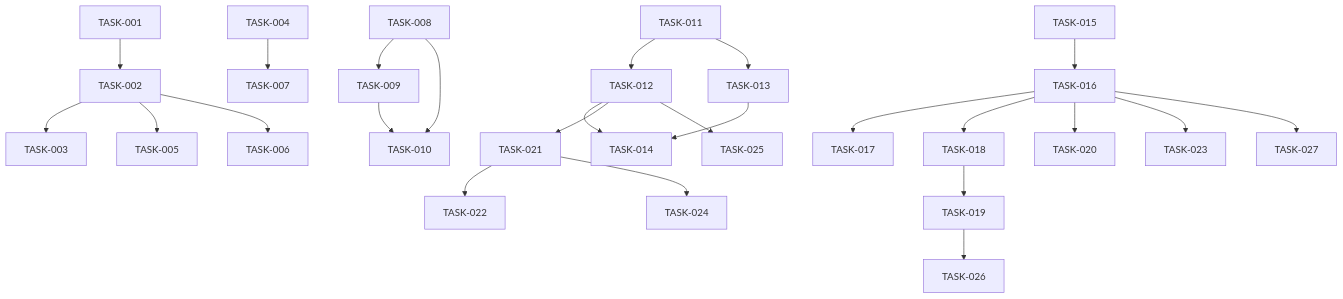
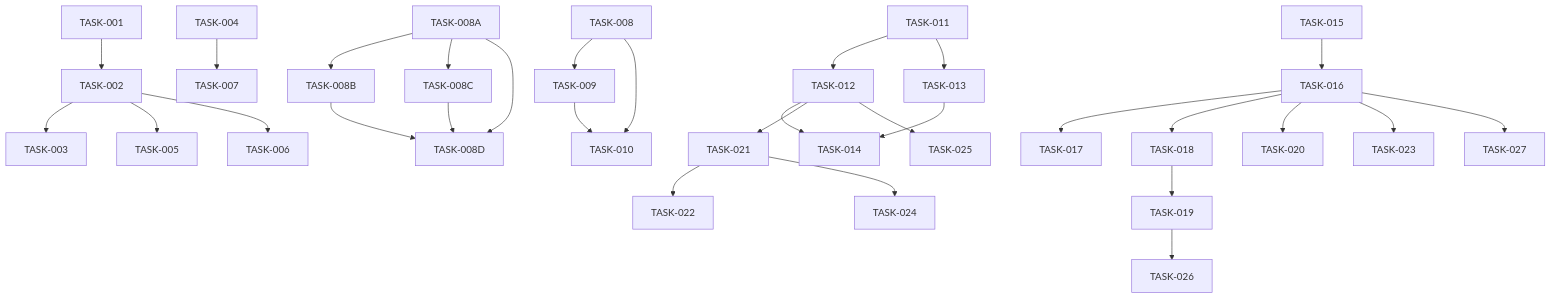
One commit to tommy-ca/research changed the diagram in docs/pkm-architecture/IMPLEMENTATION-TASKS.md. Above: the diagram before and after it, drawn with Mermaid. The commit also changed other lines of this file and 9 other files, not shown here.

````diff
--- a/docs/pkm-architecture/IMPLEMENTATION-TASKS.md
+++ b/docs/pkm-architecture/IMPLEMENTATION-TASKS.md
@@ -686,32 +759,38 @@
 ```mermaid
 graph TD
     TASK-001 --> TASK-002
     TASK-002 --> TASK-003
     TASK-002 --> TASK-005
     TASK-002 --> TASK-006
     TASK-004 --> TASK-007
+    
+    TASK-008A --> TASK-008B
+    TASK-008A --> TASK-008C
+    TASK-008A --> TASK-008D
+    TASK-008B --> TASK-008D
+    TASK-008C --> TASK-008D
     
     TASK-008 --> TASK-009
     TASK-008 --> TASK-010
     TASK-009 --> TASK-010
     
     TASK-011 --> TASK-012
     TASK-011 --> TASK-013
     TASK-012 --> TASK-014
     TASK-013 --> TASK-014
     
     TASK-015 --> TASK-016
     TASK-016 --> TASK-017
     TASK-016 --> TASK-018
     TASK-018 --> TASK-019
     TASK-016 --> TASK-020
     
     TASK-012 --> TASK-021
     TASK-021 --> TASK-022
     TASK-016 --> TASK-023
     TASK-021 --> TASK-024
     TASK-012 --> TASK-025
     
     TASK-019 --> TASK-026
     TASK-016 --> TASK-027
 ```
````
